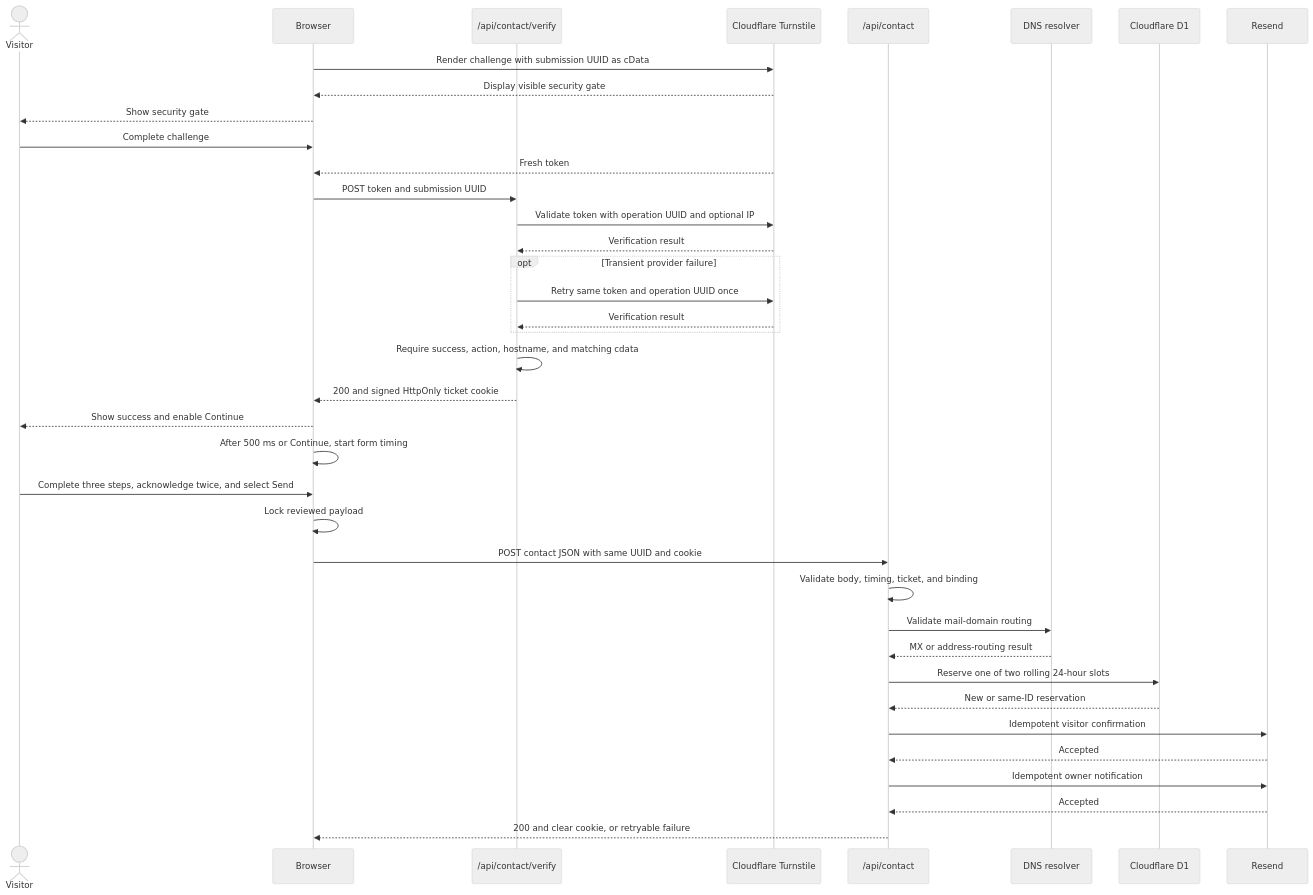
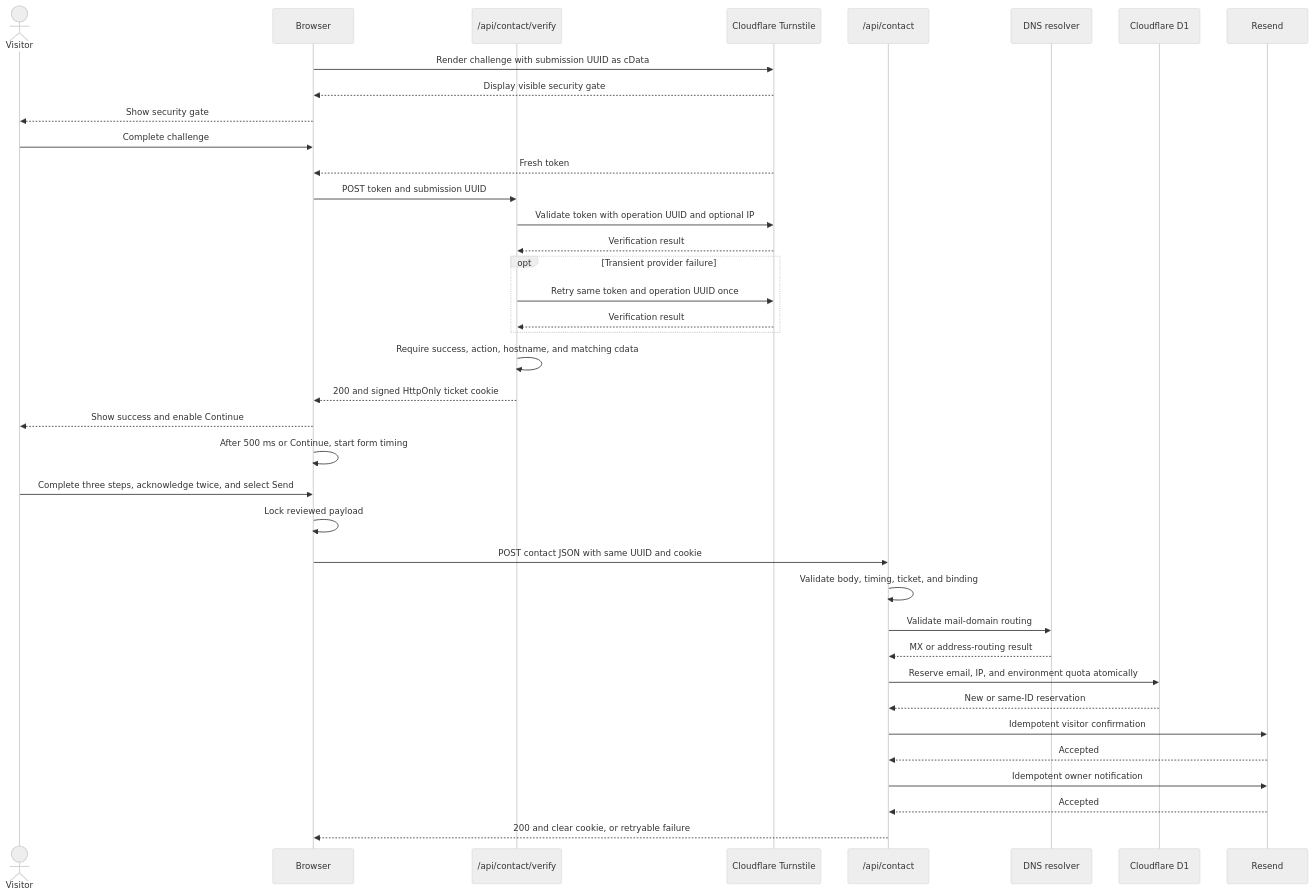
The diagram in docs/security/CONTACT_SYSTEM.md (nicolasgioanni/Smart-Porfolio), drawn with Mermaid (neutral theme) before and after one commit. The commit also changed other lines of this file and 22 other files, not shown here.

````diff
--- a/docs/security/CONTACT_SYSTEM.md
+++ b/docs/security/CONTACT_SYSTEM.md
@@ -32,41 +32,41 @@
 ```mermaid
 sequenceDiagram
     actor Visitor
     participant Browser
     participant Verify as /api/contact/verify
     participant Turnstile as Cloudflare Turnstile
     participant Deliver as /api/contact
     participant DNS as DNS resolver
     participant D1 as Cloudflare D1
     participant Resend
 
     Browser->>Turnstile: Render challenge with submission UUID as cData
     Turnstile-->>Browser: Display visible security gate
     Browser-->>Visitor: Show security gate
     Visitor->>Browser: Complete challenge
     Turnstile-->>Browser: Fresh token
     Browser->>Verify: POST token and submission UUID
     Verify->>Turnstile: Validate token with operation UUID and optional IP
     Turnstile-->>Verify: Verification result
     opt Transient provider failure
         Verify->>Turnstile: Retry same token and operation UUID once
         Turnstile-->>Verify: Verification result
     end
     Verify->>Verify: Require success, action, hostname, and matching cdata
     Verify-->>Browser: 200 and signed HttpOnly ticket cookie
     Browser-->>Visitor: Show success and enable Continue
     Browser->>Browser: After 500 ms or Continue, start form timing
     Visitor->>Browser: Complete three steps, acknowledge twice, and select Send
     Browser->>Browser: Lock reviewed payload
     Browser->>Deliver: POST contact JSON with same UUID and cookie
     Deliver->>Deliver: Validate body, timing, ticket, and binding
     Deliver->>DNS: Validate mail-domain routing
     DNS-->>Deliver: MX or address-routing result
-    Deliver->>D1: Reserve one of two rolling 24-hour slots
+    Deliver->>D1: Reserve email, IP, and environment quota atomically
     D1-->>Deliver: New or same-ID reservation
     Deliver->>Resend: Idempotent visitor confirmation
     Resend-->>Deliver: Accepted
     Deliver->>Resend: Idempotent owner notification
     Resend-->>Deliver: Accepted
     Deliver-->>Browser: 200 and clear cookie, or retryable failure
 ```
````
